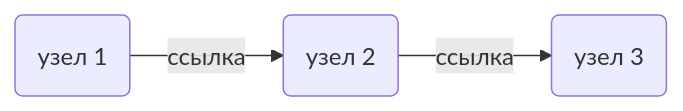
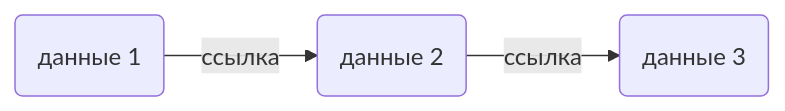
Before and after one commit to hamster-i/list: the diagram in README.md, drawn with Mermaid.

````diff
--- a/README.md
+++ b/README.md
@@ -7,4 +7,4 @@
    ```mermaid
    graph LR;
-    A(узел 1)--ссылка-->В(узел 2)--ссылка-->C(узел 3);
+    A(данные 1)--ссылка-->В(данные 2)--ссылка-->C(данные 3);
    ```
````
